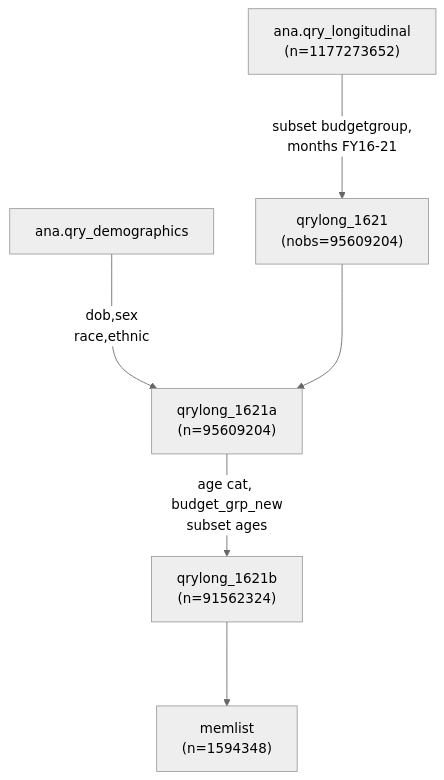
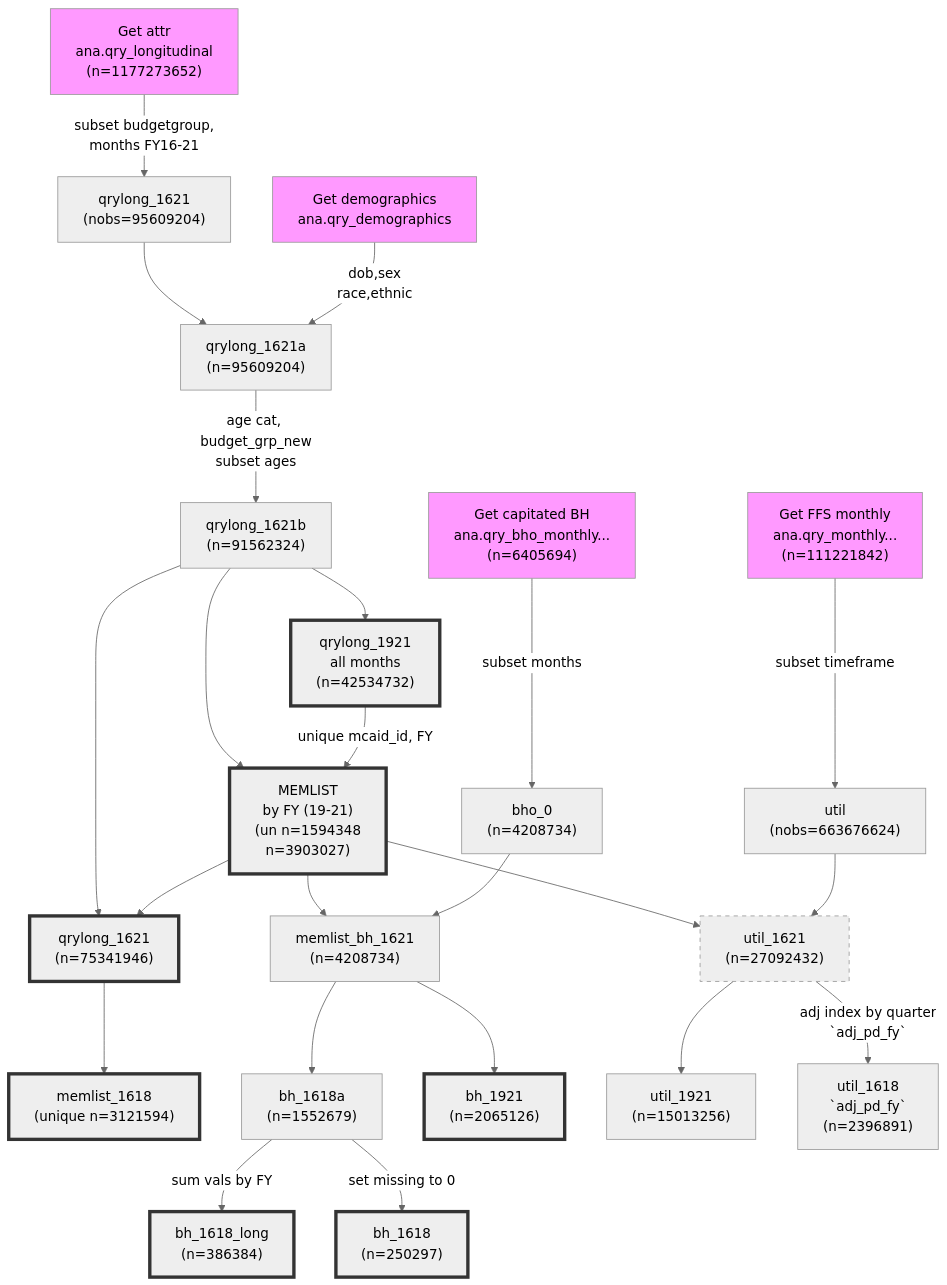
The diagram in readme.qmd (CUDFM-Analytics/isp_utilization), drawn with Mermaid (neutral theme) before and after one commit. The commit also changed 2 other files, not shown here.

````diff
--- a/readme.qmd
+++ b/readme.qmd
@@ -9,10 +9,39 @@
 ```{mermaid}
+flowchart TD
+ A1["Get attr\nana.qry_longitudinal\n(n=1177273652)"] -->|subset budgetgroup,\nmonths FY16-21 | B["qrylong_1621\n(nobs=95609204)"] 
+ style A1 fill:#f9f
+ A2["Get demographics\nana.qry_demographics"] -->|dob,sex\nrace,ethnic | C  
+ style A2 fill:#f9f
+ B --> C["qrylong_1621a\n(n=95609204)"]   
+ C --> |age cat, budget_grp_new\nsubset ages | D["qrylong_1621b\n(n=91562324)"]
+ D --> | | D1["qrylong_1921\nall months\n(n=42534732)"] -->| unique mcaid_id, FY|E 
+  style D1 stroke:#333,stroke-width:4px
+ D --> E["MEMLIST\nby FY (19-21)\n(un n=1594348\nn=3903027)" ] --> F["qrylong_1621\n(n=75341946)"]  
 
-flowchart TB
- A["ana.qry_longitudinal\n(n=1177273652)"] --->|subset budgetgroup,\nmonths FY16-21 | B["qrylong_1621\n(nobs=95609204)"] 
- ana.qry_demographics --->|dob,sex\nrace,ethnic | C
- B ---> C["qrylong_1621a\n(n=95609204)"] 
- C --> |age cat, budget_grp_new\nsubset ages | D["qrylong_1621b\n(n=91562324)"]
- D ---> E["memlist\n(n=1594348)"] 
+ style E stroke:#333,stroke-width:4px
+ style F stroke:#333,stroke-width:4px
+ D --> F 
+ 
+ F --> | | G["memlist_1618\n(unique n=3121594)"]  
+ style G stroke:#333,stroke-width:4px
+ A3["Get capitated BH\nana.qry_bho_monthly...\n(n=6405694)"] ---> |subset months | bho_0["bho_0\n(n=4208734)"] 
+  style A3 fill:#f9f 
+ bho_0 --> H["memlist_bh_1621\n(n=4208734)"]  
+ E --> H
+ H --> H2["bh_1618a\n(n=1552679)"] & H1["bh_1921\n(n=2065126)"]
+  style H1 stroke:#333,stroke-width:4px
+ H2 --> |sum vals by FY | bh_1618_long["bh_1618_long\n(n=386384)"] 
+ style bh_1618_long stroke:#333,stroke-width:4px
+ H2 --> |set missing to 0| bh_1618["bh_1618\n(n=250297)"]
+ style bh_1618 stroke:#333,stroke-width:4px
+
+ A4["Get FFS monthly\nana.qry_monthly...\n(n=111221842)"] --->|subset timeframe| A41["util\n(nobs=663676624)"] 
+ A41 --> A43["util_1621\n(n=27092432)"] 
+ style A43 stroke-dasharray: 5 5 
+ E --> A43
+ style A4 fill:#f9f
+ A43 --> A4a["util_1921\n(n=15013256)"] 
+ A43 --> | adj index by quarter\n`adj_pd_fy`| A4b["util_1618\n`adj_pd_fy`\n(n=2396891)"] 
+
 
 ```  
````
